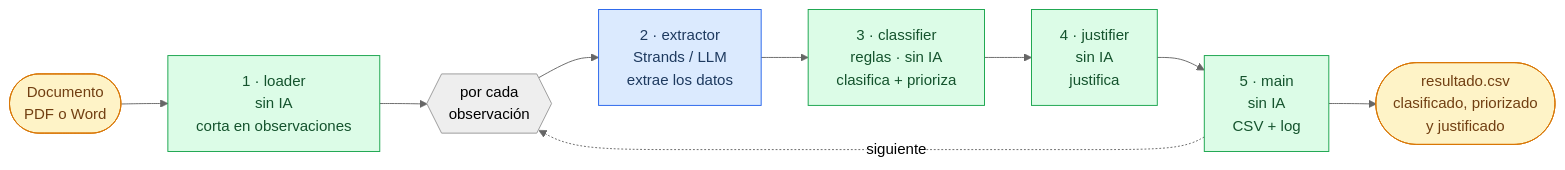
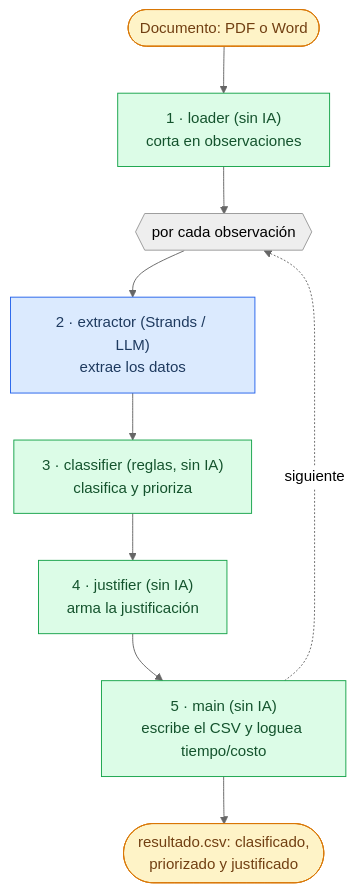
The diagram in README.md (marioconti/ofac-agent), drawn with Mermaid (neutral theme) before and after one commit.

Commit message:
docs: use vertical pipeline diagram to avoid viewer controls overlapping

````diff
--- a/README.md
+++ b/README.md
@@ -41,17 +41,17 @@
 ```mermaid
-flowchart LR
-    IN([Documento<br/>PDF o Word]) --> L["1 · loader<br/>sin IA<br/>corta en observaciones"]
-    L --> LOOP{{por cada<br/>observación}}
-    LOOP --> E["2 · extractor<br/>Strands / LLM<br/>extrae los datos"]
-    E --> C["3 · classifier<br/>reglas · sin IA<br/>clasifica + prioriza"]
-    C --> J["4 · justifier<br/>sin IA<br/>justifica"]
-    J --> M["5 · main<br/>sin IA<br/>CSV + log"]
+flowchart TD
+    IN([Documento: PDF o Word]) --> L["1 · loader (sin IA)<br/>corta en observaciones"]
+    L --> LOOP{{por cada observación}}
+    LOOP --> E["2 · extractor (Strands / LLM)<br/>extrae los datos"]
+    E --> C["3 · classifier (reglas, sin IA)<br/>clasifica y prioriza"]
+    C --> J["4 · justifier (sin IA)<br/>arma la justificación"]
+    J --> M["5 · main (sin IA)<br/>escribe el CSV y loguea tiempo/costo"]
     M -.->|siguiente| LOOP
-    M --> OUT([resultado.csv<br/>clasificado, priorizado<br/>y justificado])
+    M --> OUT([resultado.csv: clasificado,<br/>priorizado y justificado])
     classDef ia fill:#dbeafe,stroke:#2563eb,color:#1e3a5f
     classDef reglas fill:#dcfce7,stroke:#16a34a,color:#14532d
     classDef io fill:#fef3c7,stroke:#d97706,color:#713f12
     class E ia
     class L,C,J,M reglas
     class IN,OUT io
 ```
````
